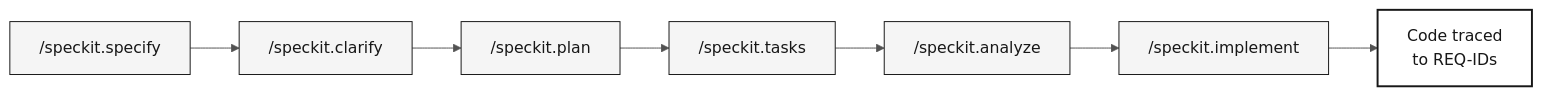
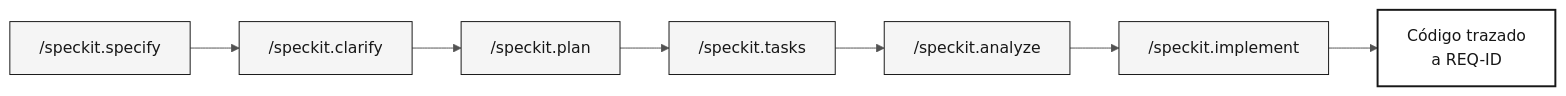
Before and after one commit to paulasilvatech/datacorp-sifap-team-kit-pt-br: the diagram in specs/README.md, drawn with Mermaid. The commit also changed other lines of this file and 386 other files, not shown here.

````diff
--- a/specs/README.md
+++ b/specs/README.md
@@ -46,13 +46,13 @@
 ```mermaid
 %%{init: {'theme':'neutral','themeVariables':{'fontFamily':'ui-sans-serif, system-ui, sans-serif','primaryColor':'#F5F5F5','primaryTextColor':'#171717','primaryBorderColor':'#171717','lineColor':'#525252','secondaryColor':'#FFFFFF','tertiaryColor':'#FAFAFA','background':'#FFFFFF'}}}%%
 flowchart LR
     classDef step fill:#F5F5F5,stroke:#171717,color:#171717
     classDef result fill:#FFFFFF,stroke:#171717,color:#171717,stroke-width:2px
 
     A["/speckit.specify"]:::step --> B["/speckit.clarify"]:::step
     B --> C["/speckit.plan"]:::step
     C --> D["/speckit.tasks"]:::step
     D --> E["/speckit.analyze"]:::step
     E --> F["/speckit.implement"]:::step
-    F --> G["Code traced<br/>to REQ-IDs"]:::result
+    F --> G["Código trazado<br/>a REQ-ID"]:::result
 ```
````
